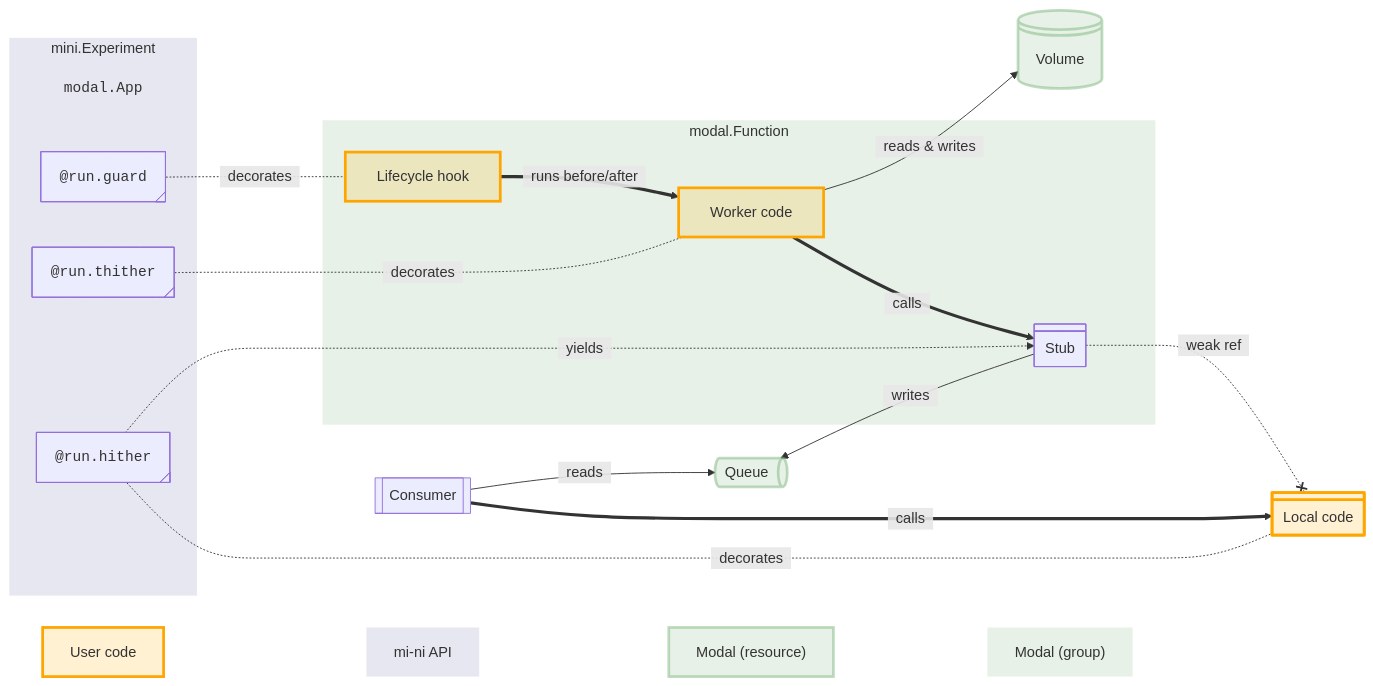
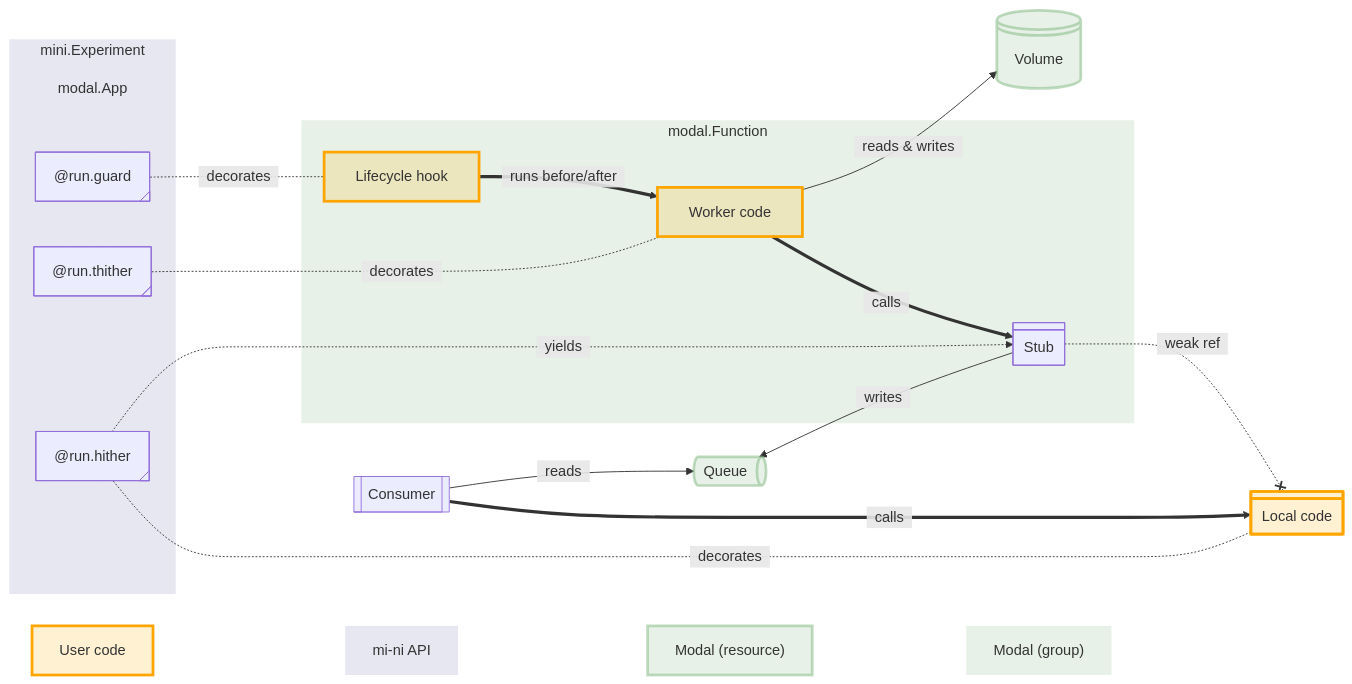
The first of 4 diagrams in doc/hither-thither.md (z0u/mi-ni), drawn with Mermaid before and after one commit. The commit also changed other lines of this file, not shown here.

Commit message:
added more diagrams and described the overloads of run.hither

````diff
--- a/doc/hither-thither.md
+++ b/doc/hither-thither.md
@@ -5,52 +8,52 @@
 ```mermaid
 graph LR
     V:::modal@{ shape: disk, label: " Volume " }
     Q:::modal@{ shape: das, label: " Queue " }
 
     classDef user stroke:orange,fill:#fb23,stroke-width:3px;
     classDef modal stroke:#8b88,fill:#8b83,stroke-width:3px;
     classDef modalbox stroke:transparent,fill:#8b83;
     classDef minibox stroke:transparent,fill:#88b3;
 
     subgraph EG [mini.Experiment]
-        app@{ shape: text, label: "<code>modal.App</code>"}
-        guards@{ shape: tag-rect, label: "<code>@run.guard</code>"}
-        thither@{ shape: tag-rect, label: "<code>@run.thither</code>"}
-        hither@{ shape: tag-rect, label: "<code>@run.hither</code>"}
+        app@{ shape: text, label: "modal.App"}
+        guards@{ shape: tag-rect, label: "@run.guard"}
+        thither@{ shape: tag-rect, label: "@run.thither"}
+        hither@{ shape: tag-rect, label: "@run.hither"}
     end
     EG:::minibox
 
     cons@{ shape: subproc, label: "Consumer" }
 
     subgraph Fn [modal.Function]
         guard_cb:::user@{ shape: rect, label: " Lifecycle hook " }
         rem:::user@{ shape: rect, label: " Worker code " }
         stubs@{ shape: div-rect, label: " Stub " }
     end
     Fn:::modalbox
 
     loc:::user@{ shape: div-rect, label: " Local code " }
 
     rem -->|"&nbsp; reads & writes &nbsp;"| V
 
     guards -.-|"&nbsp; decorates &nbsp;"| guard_cb
     guard_cb ==>|"&nbsp; runs before/after &nbsp;"| rem
     thither -.-|"&nbsp; decorates &nbsp;"| rem
     rem ==>|"&nbsp; calls &nbsp;"| stubs
     stubs -->|"&nbsp; writes &nbsp;"| Q
     stubs -.-x|"&nbsp; weak ref &nbsp;"| loc
 
     hither -.->|"&nbsp; yields &nbsp;"| stubs
     hither -.-|"&nbsp; decorates &nbsp;"| loc
 
     cons -->|"&nbsp; reads &nbsp;"| Q
     cons ==>|"&nbsp; calls &nbsp;"| loc
 
     Q ~~~ stubs
 
     _mini:::minibox@{ shape: rect, label: "mi-ni API" }
     _modal:::modal@{ shape: rect, label: "Modal (resource)" }
     _modal-group:::modalbox@{ shape: rect, label: "Modal (group)" }
     _user:::user@{ shape: rect, label: "User code" }
     _user ~~~ _mini ~~~ _modal ~~~ _modal-group
 ```
````
